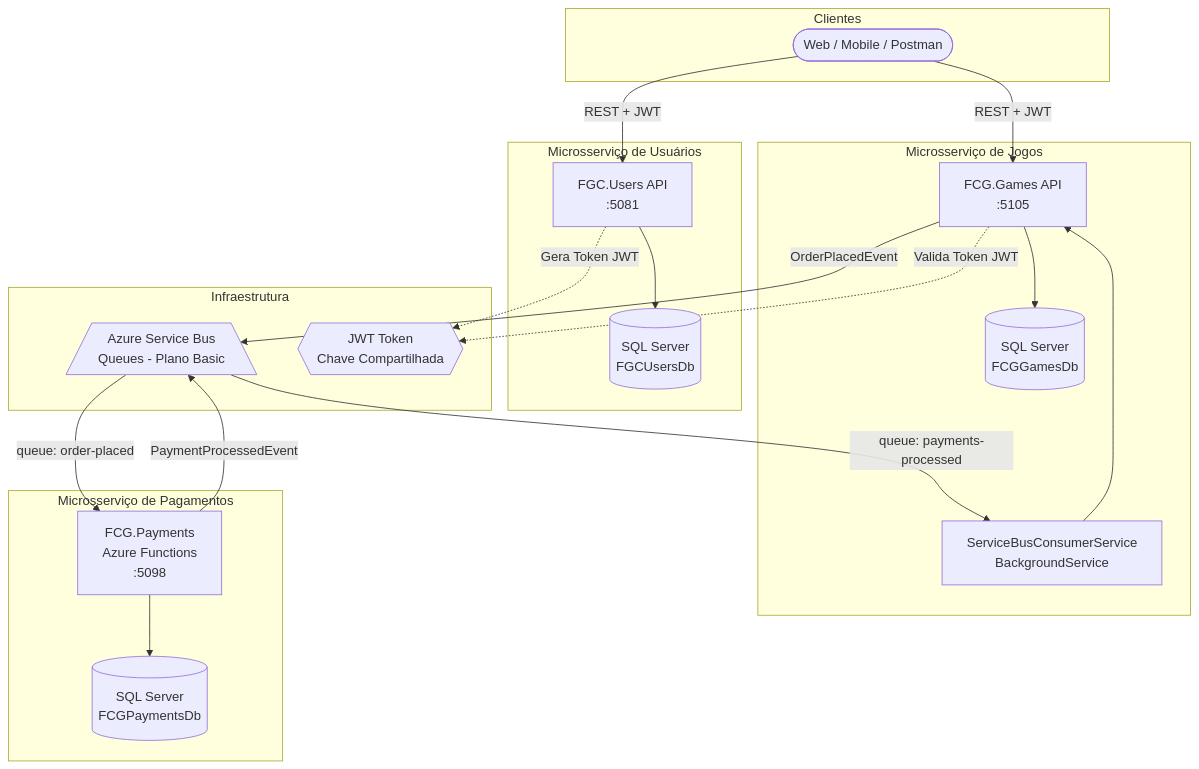
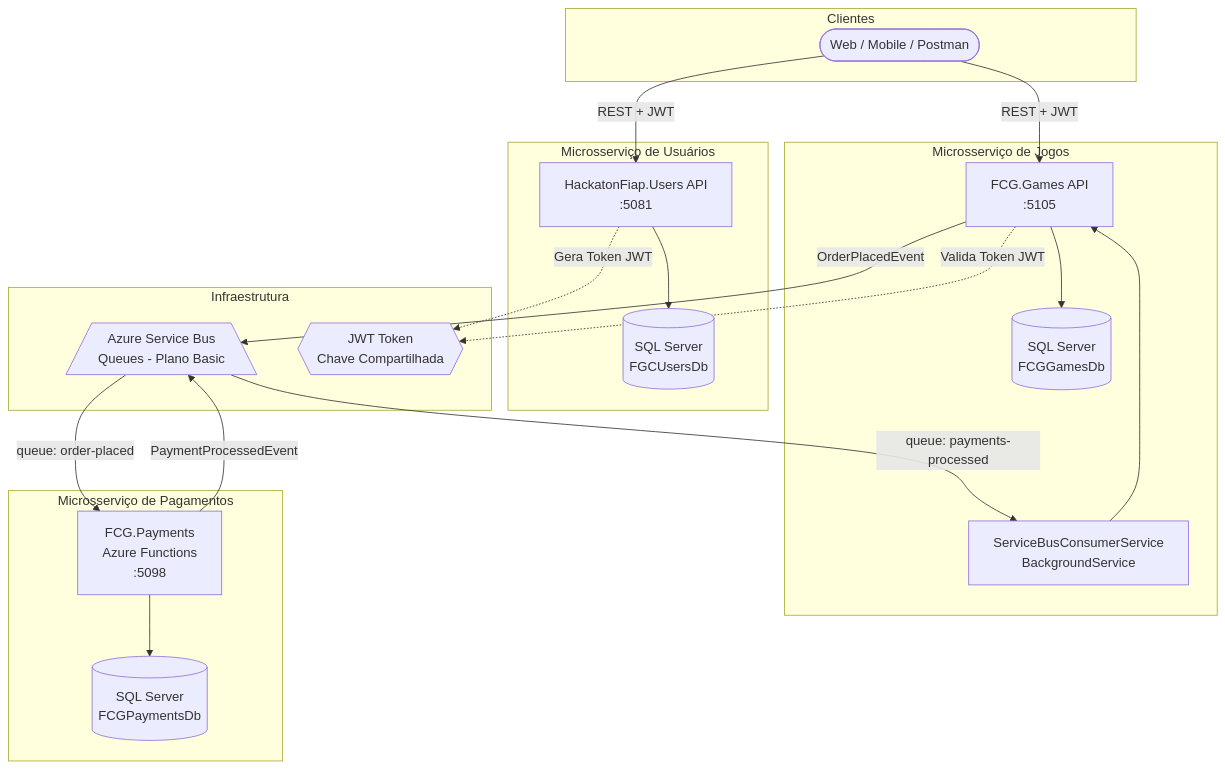
One commit to GabrielVeridico/hackaton-fiap-users changed the first of 7 diagrams in docs/ARCHITECTURE.md. Above: the diagram before and after it, drawn with Mermaid. The commit also changed other lines of this file and 128 other files, not shown here.

Commit message:
refactor: renomeia FGC.Users para HackatonFiap.Users

````diff
--- a/docs/ARCHITECTURE.md
+++ b/docs/ARCHITECTURE.md
@@ -9,43 +9,43 @@
 ```mermaid
 graph TB
     subgraph "Clientes"
         WEB([Web / Mobile / Postman])
     end
 
     subgraph "Microsserviço de Usuários"
-        UAPI[FGC.Users API<br/>:5081]
+        UAPI[HackatonFiap.Users API<br/>:5081]
         UDB[(SQL Server<br/>FGCUsersDb)]
     end
 
     subgraph "Microsserviço de Jogos"
         GAPI[FCG.Games API<br/>:5105]
         GDB[(SQL Server<br/>FCGGamesDb)]
         GCON[ServiceBusConsumerService<br/>BackgroundService]
     end
 
     subgraph "Microsserviço de Pagamentos"
         PFUNC[FCG.Payments<br/>Azure Functions<br/>:5098]
         PDB[(SQL Server<br/>FCGPaymentsDb)]
     end
 
     subgraph "Infraestrutura"
         SB[/Azure Service Bus<br/>Queues - Plano Basic\]
         JWT{{JWT Token<br/>Chave Compartilhada}}
     end
 
     WEB -->|REST + JWT| UAPI
     WEB -->|REST + JWT| GAPI
 
     UAPI --> UDB
     GAPI --> GDB
     PFUNC --> PDB
 
     UAPI -.->|Gera Token JWT| JWT
     GAPI -.->|Valida Token JWT| JWT
 
     GAPI -->|OrderPlacedEvent| SB
     SB -->|queue: order-placed| PFUNC
     PFUNC -->|PaymentProcessedEvent| SB
     SB -->|queue: payments-processed| GCON
     GCON --> GAPI
 ```
````
